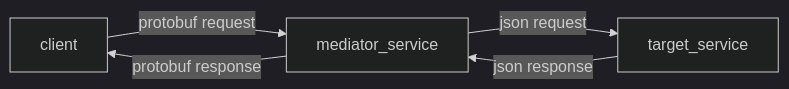
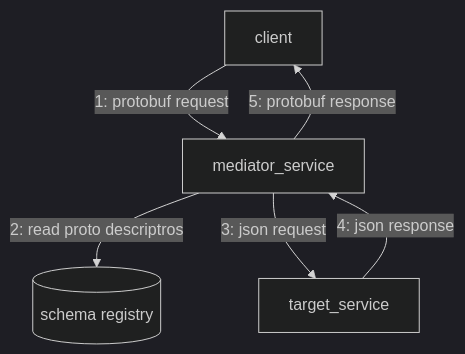
One commit to satjinder/grpc-mediator-service changed the first of 2 diagrams in readme.md. Above: the diagram before and after it, drawn with Mermaid (dark theme). The commit also changed other lines of this file, not shown here.

Commit message:
adds schema registry to the diagrams in the readme

````diff
--- a/readme.md
+++ b/readme.md
@@ -7,7 +7,8 @@
 ```mermaid
-graph LR;
-    client-- protobuf request -->mediator_service;
-    mediator_service-- json request -->target_service;
-    target_service-- json response -->mediator_service
-    mediator_service-- protobuf response --> client;
+graph TB;
+    client-- 1: protobuf request -->mediator_service;
+    mediator_service-- 2: read proto descriptros -->schema_registry[(schema registry)]
+    mediator_service-- 3: json request -->target_service;
+    target_service-- 4: json response -->mediator_service
+    mediator_service-- 5: protobuf response --> client;
 ```
````
